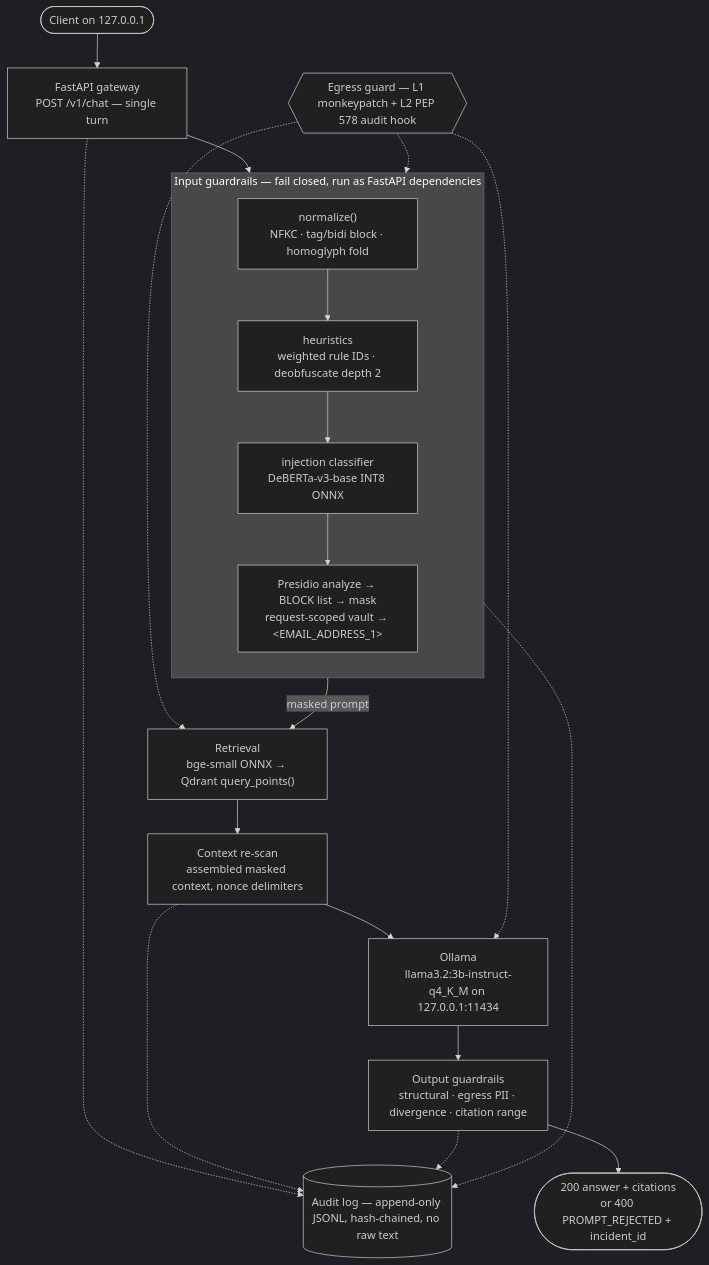
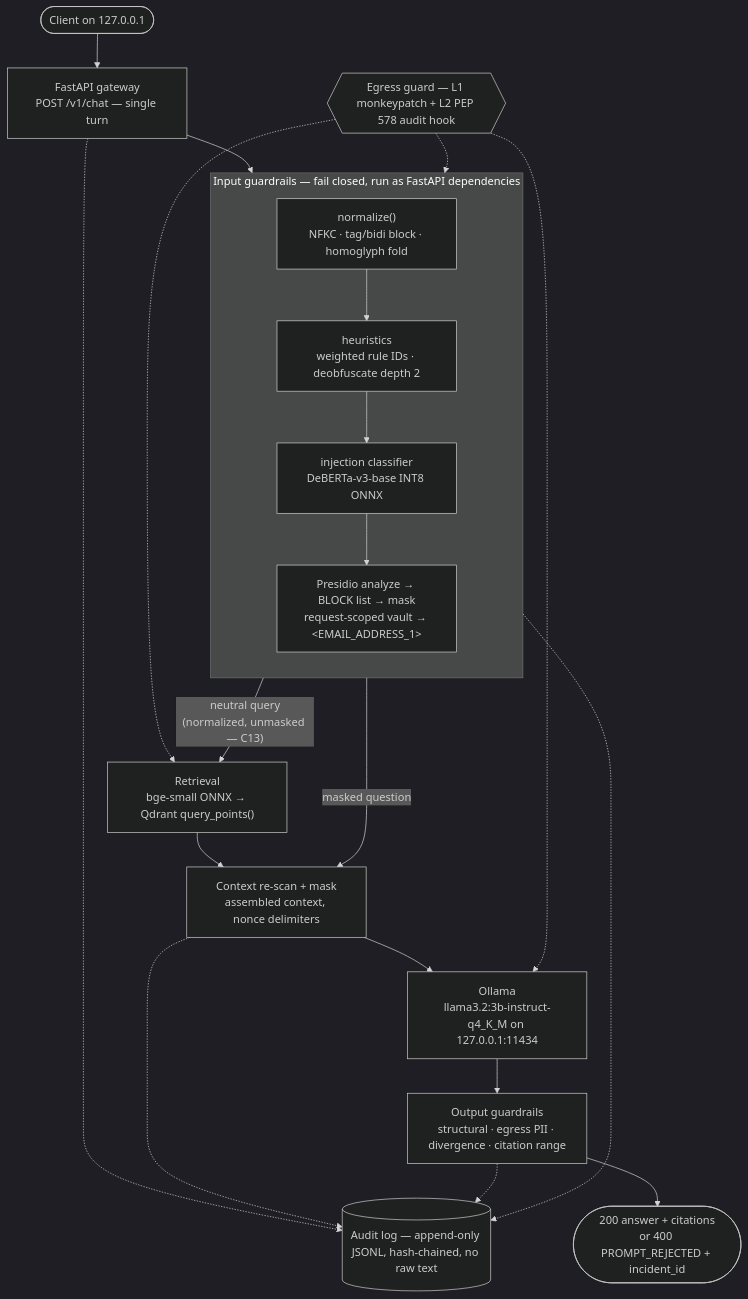
One commit to Tanishpd/secure-air-gapped-platform-with-integrated-guardrails changed the diagram in README.md. Above: the diagram before and after it, drawn with Mermaid (dark theme). The commit also changed other lines of this file and 15 other files, not shown here.

````diff
--- a/README.md
+++ b/README.md
@@ -79,31 +80,32 @@
 ```mermaid
 flowchart TD
     client(["Client on 127.0.0.1"]) --> gw["FastAPI gateway<br/>POST /v1/chat — single turn"]
 
     subgraph ingress["Input guardrails — fail closed, run as FastAPI dependencies"]
         direction TB
         n["normalize()<br/>NFKC · tag/bidi block · homoglyph fold"]
         h["heuristics<br/>weighted rule IDs · deobfuscate depth 2"]
         cls["injection classifier<br/>DeBERTa-v3-base INT8 ONNX"]
         pii["Presidio analyze → BLOCK list → mask<br/>request-scoped vault → &lt;EMAIL_ADDRESS_1&gt;"]
         n --> h --> cls --> pii
     end
 
     gw --> n
-    pii -->|"masked prompt"| ret["Retrieval<br/>bge-small ONNX → Qdrant query_points()"]
-    ret --> ctx["Context re-scan<br/>assembled masked context, nonce delimiters"]
+    cls -->|"neutral query<br/>(normalized, unmasked — C13)"| ret["Retrieval<br/>bge-small ONNX → Qdrant query_points()"]
+    ret --> ctx["Context re-scan + mask<br/>assembled context, nonce delimiters"]
+    pii -->|"masked question"| ctx
     ctx --> llm["Ollama<br/>llama3.2:3b-instruct-q4_K_M on 127.0.0.1:11434"]
     llm --> out["Output guardrails<br/>structural · egress PII · divergence · citation range"]
     out --> resp(["200 answer + citations<br/>or 400 PROMPT_REJECTED + incident_id"])
 
     audit[("Audit log — append-only JSONL, hash-chained, no raw text")]
     eg{{"Egress guard — L1 monkeypatch + L2 PEP 578 audit hook"}}
 
     gw -.-> audit
     pii -.-> audit
     ctx -.-> audit
     out -.-> audit
     eg -.-> ret
     eg -.-> llm
     eg -.-> ingress
 ```
````
